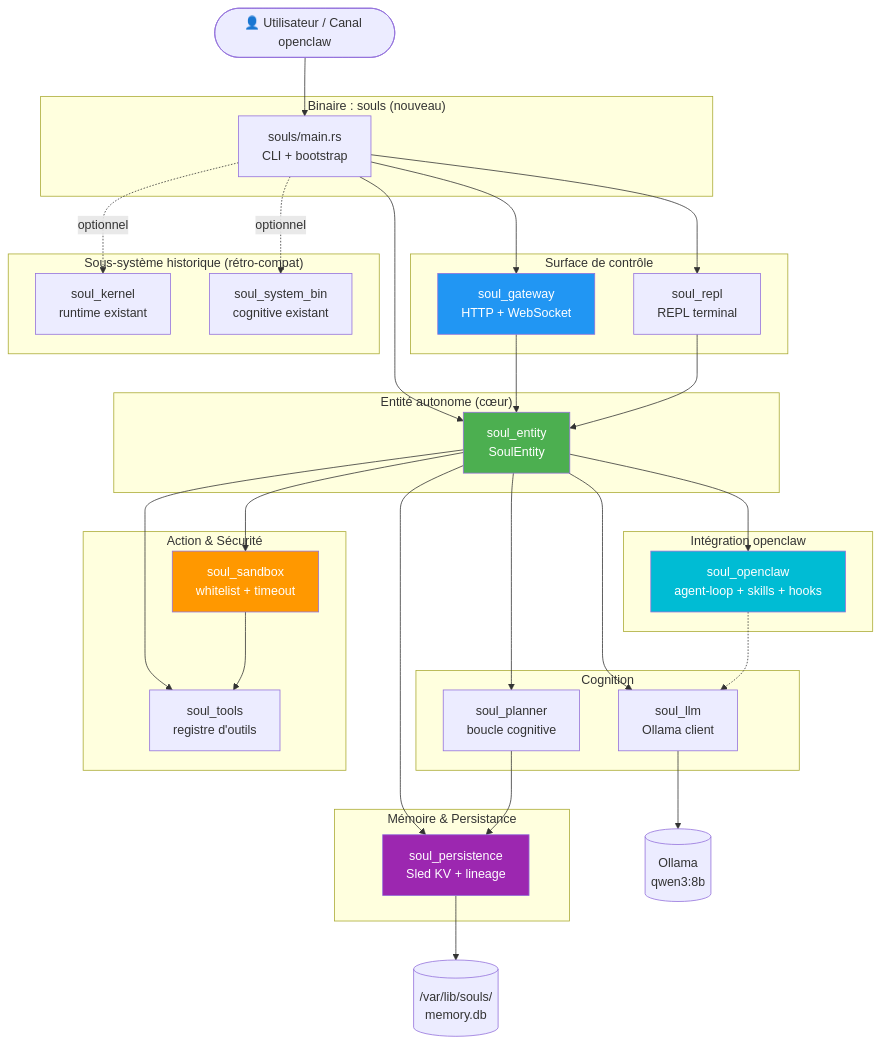
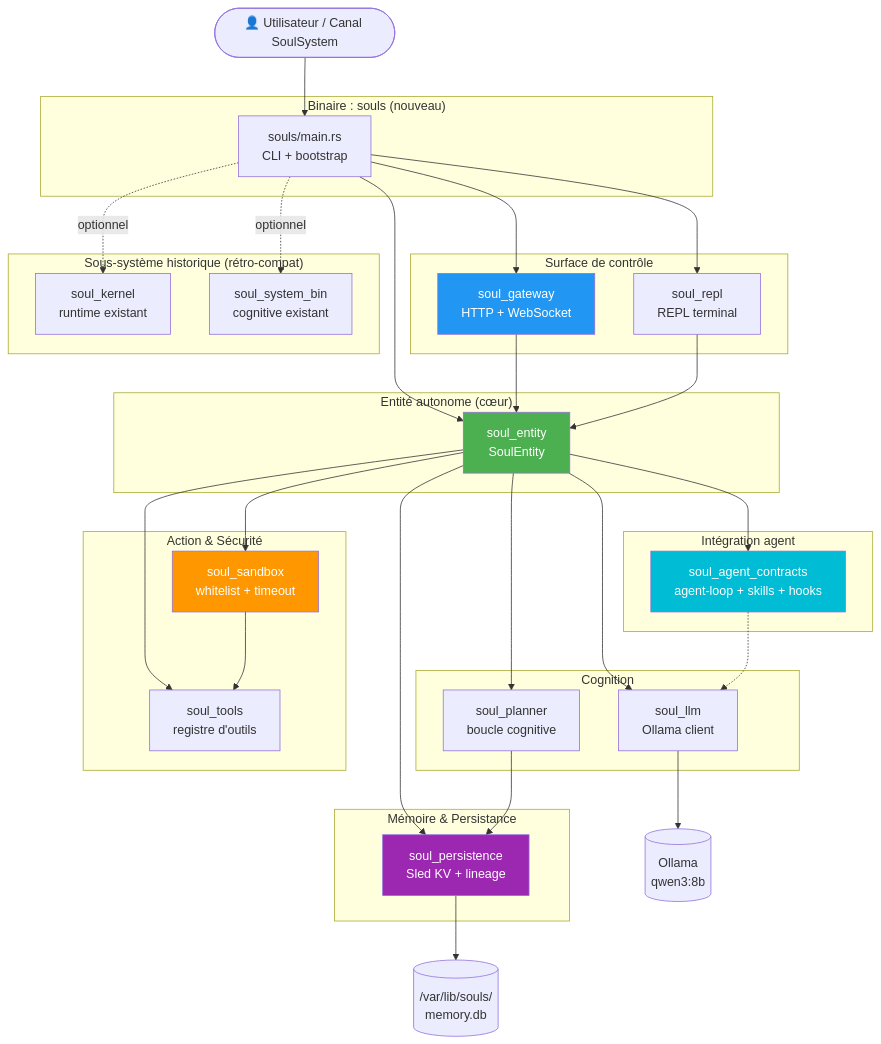
Before and after one commit to CHECKUPAUTO/SoulSystem: the diagram in audit-soulsystem-autonome-2026-06-08.md, drawn with Mermaid. The commit also changed other lines of this file and 1621 other files, not shown here.

````diff
--- a/audit-soulsystem-autonome-2026-06-08.md
+++ b/audit-soulsystem-autonome-2026-06-08.md
@@ -65,72 +65,72 @@
 ```mermaid
 graph TB
-    User([👤 Utilisateur / Canal openclaw])
+    User([👤 Utilisateur / Canal SoulSystem])
 
     subgraph "Binaire : souls (nouveau)"
         CLI[souls/main.rs<br/>CLI + bootstrap]
     end
 
     subgraph "Surface de contrôle"
         GW[soul_gateway<br/>HTTP + WebSocket]
         REPL[soul_repl<br/>REPL terminal]
     end
 
     subgraph "Entité autonome (cœur)"
         ENT[soul_entity<br/>SoulEntity]
     end
 
     subgraph "Cognition"
         LLM[soul_llm<br/>Ollama client]
         PLAN[soul_planner<br/>boucle cognitive]
     end
 
     subgraph "Action & Sécurité"
         TOOLS[soul_tools<br/>registre d'outils]
         SB[soul_sandbox<br/>whitelist + timeout]
     end
 
     subgraph "Mémoire & Persistance"
         PERS[soul_persistence<br/>Sled KV + lineage]
     end
 
-    subgraph "Intégration openclaw"
-        OC[soul_openclaw<br/>agent-loop + skills + hooks]
+    subgraph "Intégration agent"
+        OC[soul_agent_contracts<br/>agent-loop + skills + hooks]
     end
 
     subgraph "Sous-système historique (rétro-compat)"
         K[soul_kernel<br/>runtime existant]
         SB2[soul_system_bin<br/>cognitive existant]
     end
 
     User --> CLI
     CLI --> GW
     CLI --> REPL
     CLI --> ENT
 
     GW --> ENT
     REPL --> ENT
 
     ENT --> LLM
     ENT --> PLAN
     ENT --> TOOLS
     ENT --> SB
     ENT --> PERS
     ENT --> OC
 
     SB --> TOOLS
     PLAN --> PERS
     OC -.-> LLM
 
     %% Rétro-compat
     CLI -.optionnel.-> K
     CLI -.optionnel.-> SB2
 
     LLM --> Ollama[(Ollama<br/>qwen3:8b)]
     PERS --> Disk[(/var/lib/souls/<br/>memory.db)]
 
     style ENT fill:#4CAF50,color:#fff
     style GW fill:#2196F3,color:#fff
     style SB fill:#FF9800,color:#fff
     style PERS fill:#9C27B0,color:#fff
     style OC fill:#00BCD4,color:#fff
 ```
````
